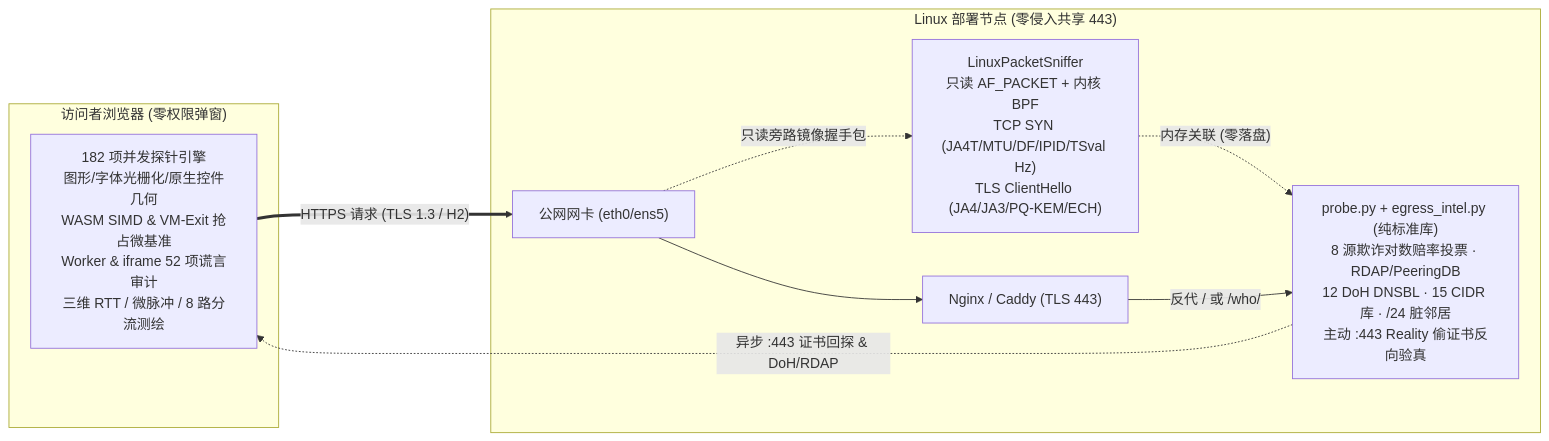
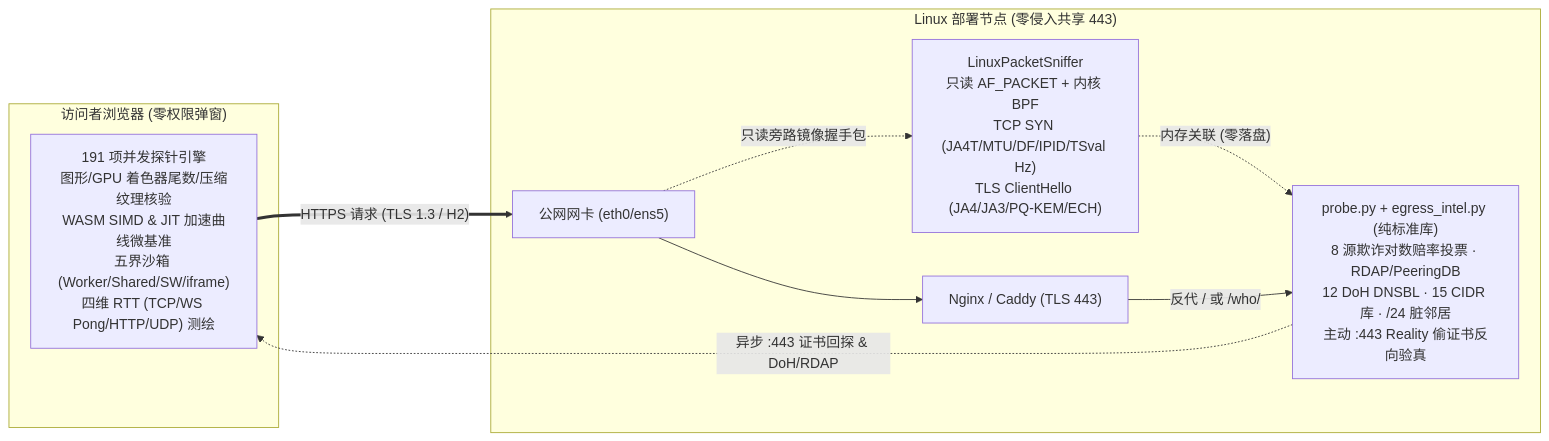
The diagram in README.md (zzusec/whoprobe), drawn with Mermaid before and after one commit. The commit also changed other lines of this file and 11 other files, not shown here.

Commit message:
feat(probes): add QUIC Initial JA4Q, TLS permutation, WS Ping RTT, 5-realm Worker, GPU ALU & bio-dynamics (182 -> 191 probes, v7.7.0)

````diff
--- a/README.md
+++ b/README.md
@@ -30,20 +30,20 @@
 ```mermaid
 flowchart LR
   subgraph Client["访问者浏览器 (零权限弹窗)"]
-    JS["182 项并发探针引擎\n图形/字体光栅化/原生控件几何\nWASM SIMD & VM-Exit 抢占微基准\nWorker & iframe 52 项谎言审计\n三维 RTT / 微脉冲 / 8 路分流测绘"]
+    JS["191 项并发探针引擎\n图形/GPU 着色器尾数/压缩纹理核验\nWASM SIMD & JIT 加速曲线微基准\n五界沙箱 (Worker/Shared/SW/iframe)\n四维 RTT (TCP/WS Pong/HTTP/UDP) 测绘"]
   end
 
   subgraph Edge["Linux 部署节点 (零侵入共享 443)"]
     NIC["公网网卡 (eth0/ens5)"]
     NGX["Nginx / Caddy (TLS 443)"]
     BPF["LinuxPacketSniffer\n只读 AF_PACKET + 内核 BPF\nTCP SYN (JA4T/MTU/DF/IPID/TSval Hz)\nTLS ClientHello (JA4/JA3/PQ-KEM/ECH)"]
     APP["probe.py + egress_intel.py (纯标准库)\n8 源欺诈对数赔率投票 · RDAP/PeeringDB\n12 DoH DNSBL · 15 CIDR 库 · /24 脏邻居\n主动 :443 Reality 偷证书反向验真"]
   end
 
   JS == "HTTPS 请求 (TLS 1.3 / H2)" ==> NIC
   NIC --> NGX
   NIC -. "只读旁路镜像握手包" .-> BPF
   BPF -. "内存关联 (零落盘)" .-> APP
   NGX -- "反代 / 或 /who/" --> APP
   APP -. "异步 :443 证书回探 & DoH/RDAP" .-> JS
 ```
````
